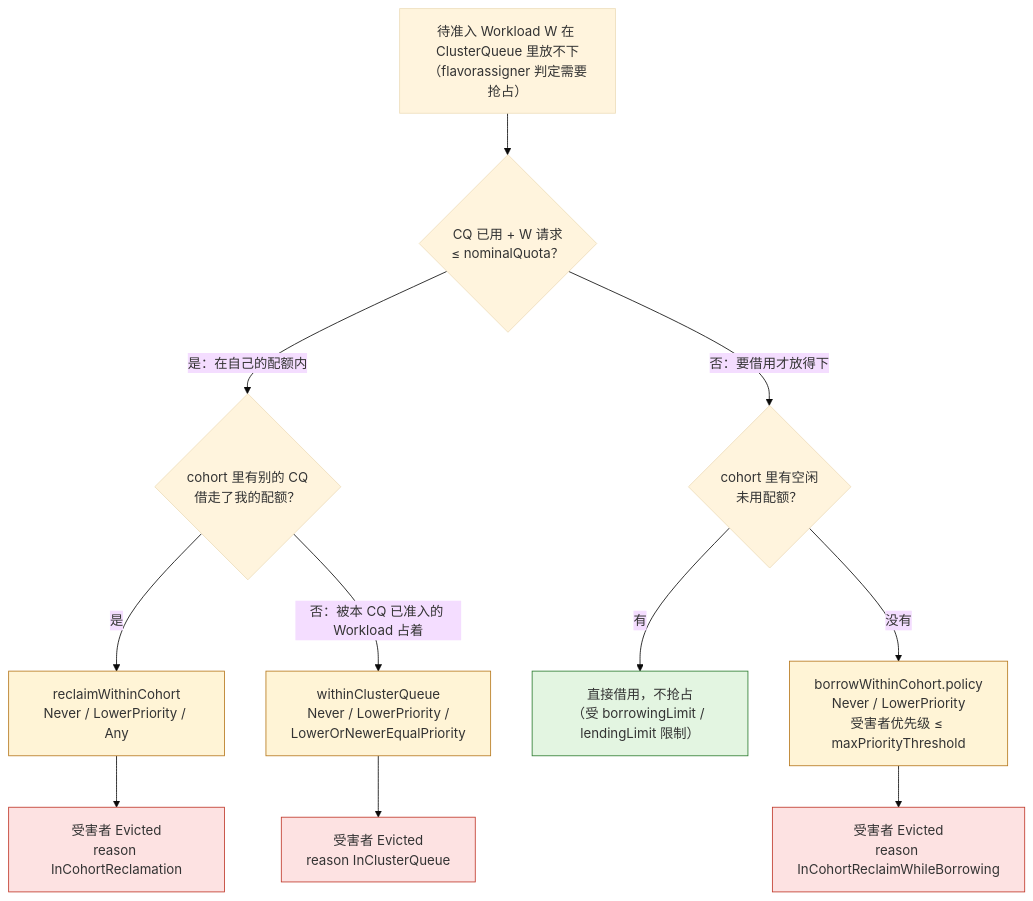
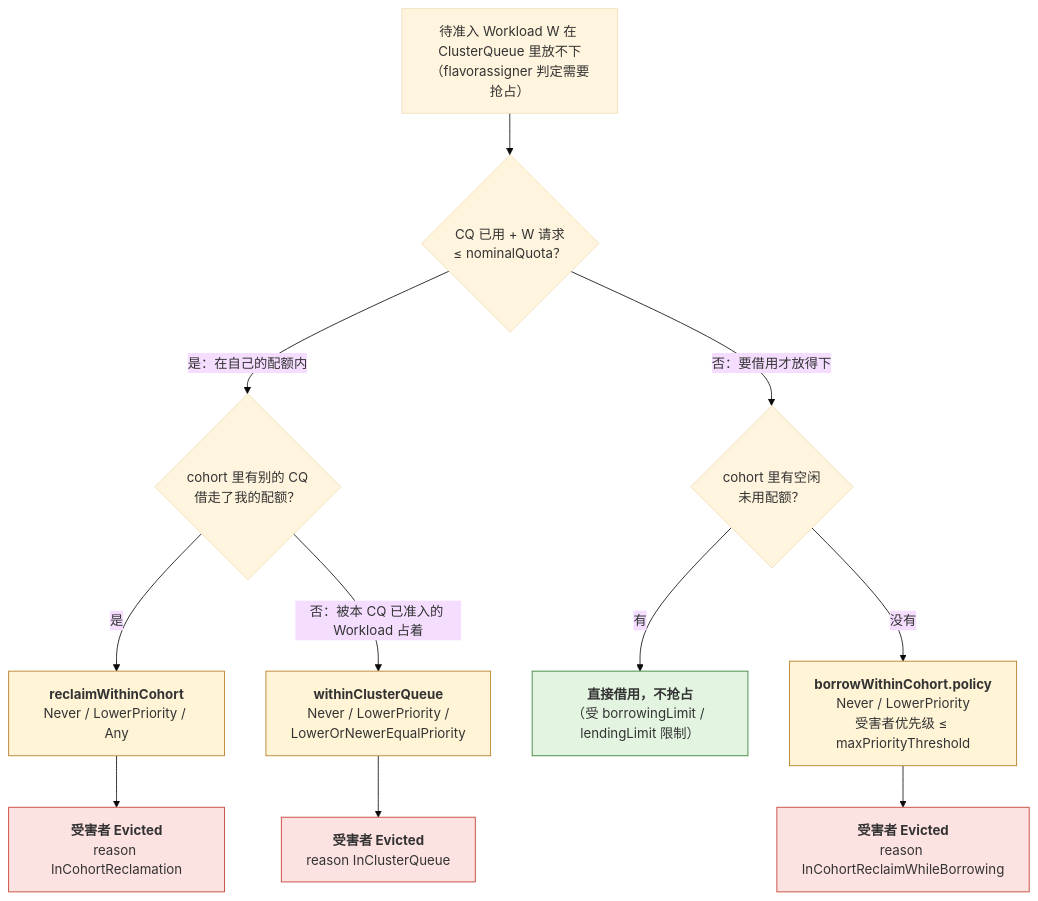
Before and after one commit to arganzheng/arganzheng.github.com: the fourth of 4 diagrams in _posts/2026-09-17-ai-job-scheduling-gang-queue-topology.md, drawn with Mermaid (base theme). The commit also changed other lines of this file and 8 other files, not shown here.

First line of the commit message:
AI 平台工程：资源层与交付层：Mermaid 多行方框的首行标为标题（9 篇）

````diff
--- a/_posts/2026-09-17-ai-job-scheduling-gang-queue-topology.md
+++ b/_posts/2026-09-17-ai-job-scheduling-gang-queue-topology.md
@@ -366,20 +366,20 @@
 ```mermaid
 %% 图：Kueue 抢占策略的决策树：先看是否在 nominalQuota 内，再看放不下是被借走还是自己占满，借用要看 cohort 有没有空闲
 flowchart TB
     Start["待准入 Workload W 在 ClusterQueue 里放不下<br/>（flavorassigner 判定需要抢占）"] --> Q1{"CQ 已用 + W 请求<br/>≤ nominalQuota？"}
     Q1 -->|"是：在自己的配额内"| Q2{"cohort 里有别的 CQ<br/>借走了我的配额？"}
-    Q2 -->|"是"| R["reclaimWithinCohort<br/>Never / LowerPriority / Any"]
-    Q2 -->|"否：被本 CQ 已准入的 Workload 占着"| Wq["withinClusterQueue<br/>Never / LowerPriority /<br/>LowerOrNewerEqualPriority"]
+    Q2 -->|"是"| R["<b>reclaimWithinCohort</b><br/>Never / LowerPriority / Any"]
+    Q2 -->|"否：被本 CQ 已准入的 Workload 占着"| Wq["<b>withinClusterQueue</b><br/>Never / LowerPriority /<br/>LowerOrNewerEqualPriority"]
     Q1 -->|"否：要借用才放得下"| Q3{"cohort 里有空闲<br/>未用配额？"}
-    Q3 -->|"有"| Borrow["直接借用，不抢占<br/>（受 borrowingLimit / lendingLimit 限制）"]
-    Q3 -->|"没有"| B["borrowWithinCohort.policy<br/>Never / LowerPriority<br/>受害者优先级 ≤ maxPriorityThreshold"]
-    R --> Ev1["受害者 Evicted<br/>reason InCohortReclamation"]
-    Wq --> Ev2["受害者 Evicted<br/>reason InClusterQueue"]
-    B --> Ev3["受害者 Evicted<br/>reason InCohortReclaimWhileBorrowing"]
+    Q3 -->|"有"| Borrow["<b>直接借用，不抢占</b><br/>（受 borrowingLimit / lendingLimit 限制）"]
+    Q3 -->|"没有"| B["<b>borrowWithinCohort.policy</b><br/>Never / LowerPriority<br/>受害者优先级 ≤ maxPriorityThreshold"]
+    R --> Ev1["<b>受害者 Evicted</b><br/>reason InCohortReclamation"]
+    Wq --> Ev2["<b>受害者 Evicted</b><br/>reason InClusterQueue"]
+    B --> Ev3["<b>受害者 Evicted</b><br/>reason InCohortReclaimWhileBorrowing"]
     classDef sw fill:#fff4d6,stroke:#b7791f;
     classDef ev fill:#fde2e2,stroke:#c0392b;
     classDef okc fill:#e3f5e1,stroke:#2e7d32;
     class R,Wq,B sw;
     class Ev1,Ev2,Ev3 ev;
     class Borrow okc;
 ```
````
